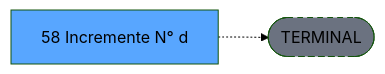
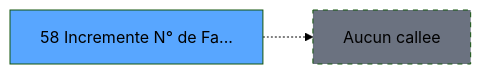
Before and after one commit to thonyAGP/magic-migration: the third of 3 diagrams in .openspec/specs/ADH-IDE-58.md, drawn with Mermaid (forest theme). The commit also changed other lines of this file and 493 other files, not shown here.

````diff
--- a/.openspec/specs/ADH-IDE-58.md
+++ b/.openspec/specs/ADH-IDE-58.md
@@ -138,8 +250,8 @@
 ```mermaid
 graph LR
-    T[58 Incremente N° d]
-    TERM([TERMINAL])
-    T -.-> TERM
-    style TERM fill:#6b7280,stroke-dasharray: 5 5
-    style T fill:#58a6ff,color:#000
+    T58[58 Incremente N° de Fa...]
+    style T58 fill:#58a6ff
+    NONE[Aucun callee]
+    T58 -.-> NONE
+    style NONE fill:#6b7280,stroke-dasharray: 5 5
 ```
````
